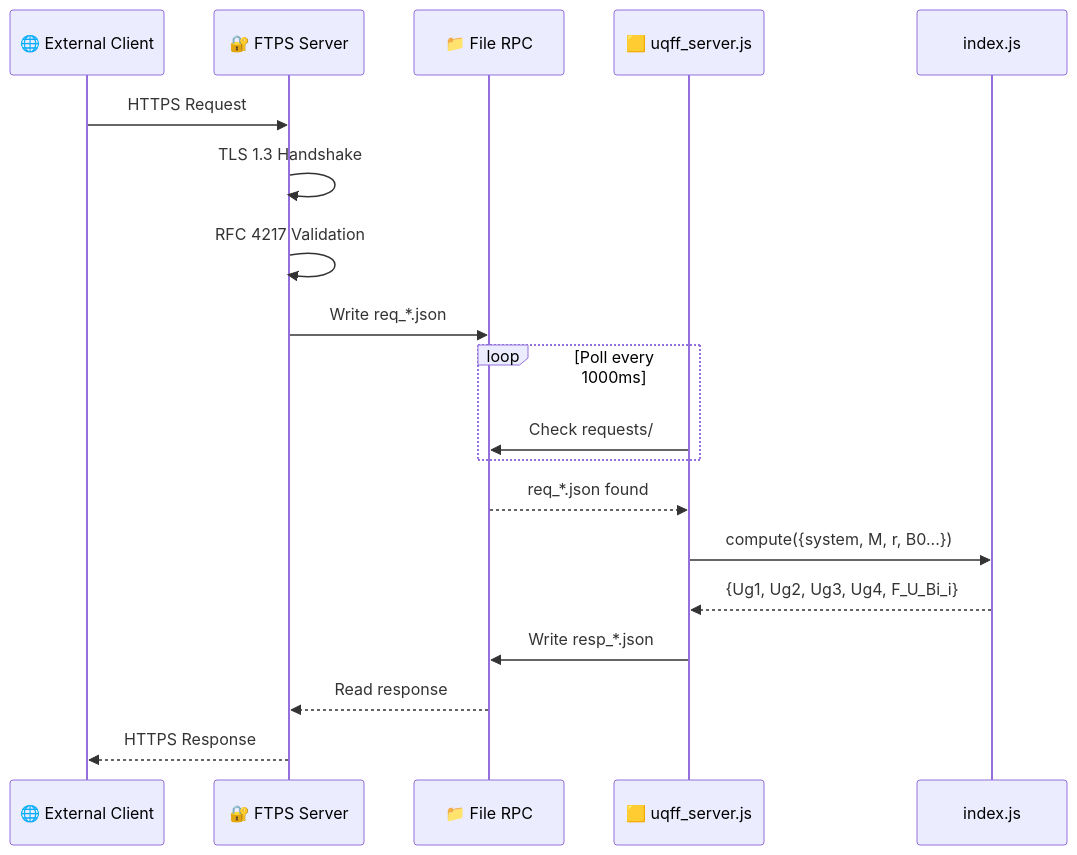
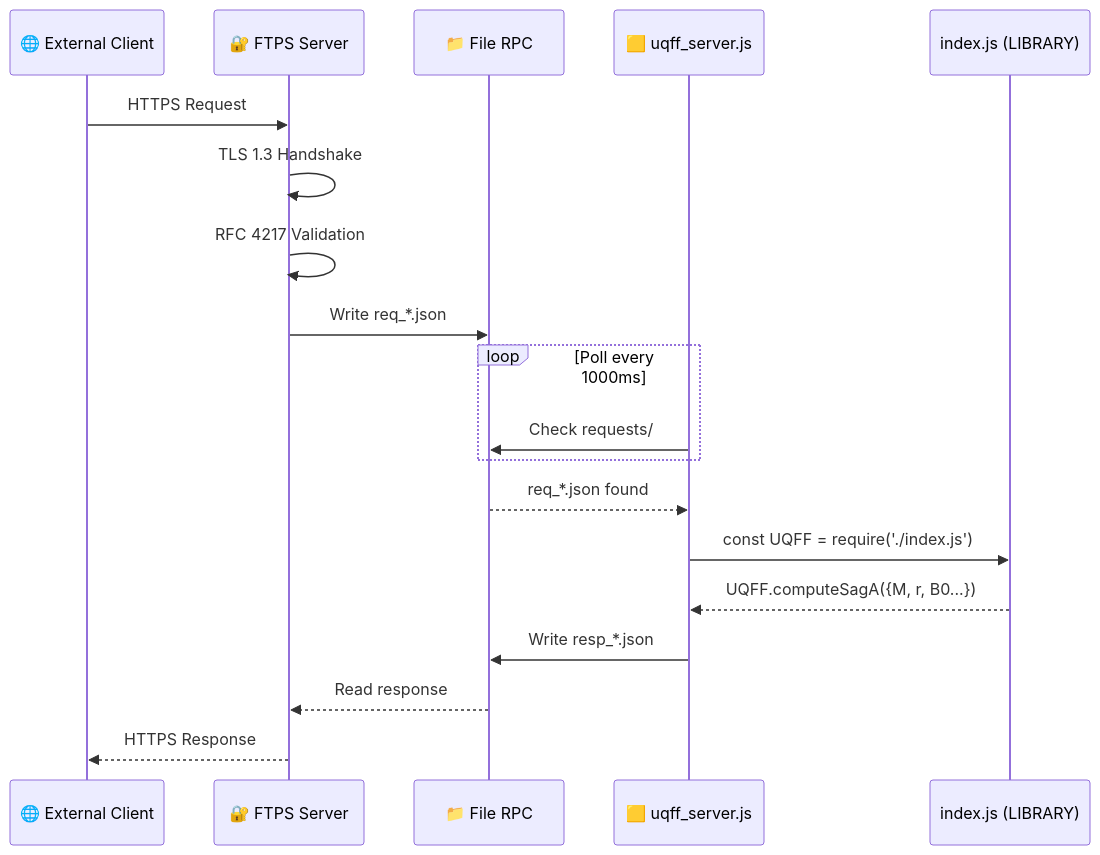
Before and after one commit to Daniel8Murphy0007/Star-Magic: the fourth of 4 diagrams in WORKFLOW_DIAGRAM.md, drawn with Mermaid. The commit also changed other lines of this file and 13 other files, not shown here.

First line of the commit message:
ARCHITECTURE v4.0 CANONICAL - source2.cpp=PRINCIPAL GUI, VR/VM=Backend, index.js=LIBRARY

````diff
--- a/WORKFLOW_DIAGRAM.md
+++ b/WORKFLOW_DIAGRAM.md
@@ -191,24 +239,24 @@
 ```mermaid
 sequenceDiagram
     participant EXT as 🌐 External Client
     participant FTPS as 🔐 FTPS Server
     participant FILE as 📁 File RPC
     participant JS as 🟨 uqff_server.js
-    participant ENGINE as index.js
+    participant LIB as index.js (LIBRARY)
 
     EXT->>FTPS: HTTPS Request
     FTPS->>FTPS: TLS 1.3 Handshake
     FTPS->>FTPS: RFC 4217 Validation
     FTPS->>FILE: Write req_*.json
     
     loop Poll every 1000ms
         JS->>FILE: Check requests/
     end
     
     FILE-->>JS: req_*.json found
-    JS->>ENGINE: compute({system, M, r, B0...})
-    ENGINE-->>JS: {Ug1, Ug2, Ug3, Ug4, F_U_Bi_i}
+    JS->>LIB: const UQFF = require('./index.js')
+    LIB-->>JS: UQFF.computeSagA({M, r, B0...})
     JS->>FILE: Write resp_*.json
     FILE-->>FTPS: Read response
     FTPS-->>EXT: HTTPS Response
 ```
````
